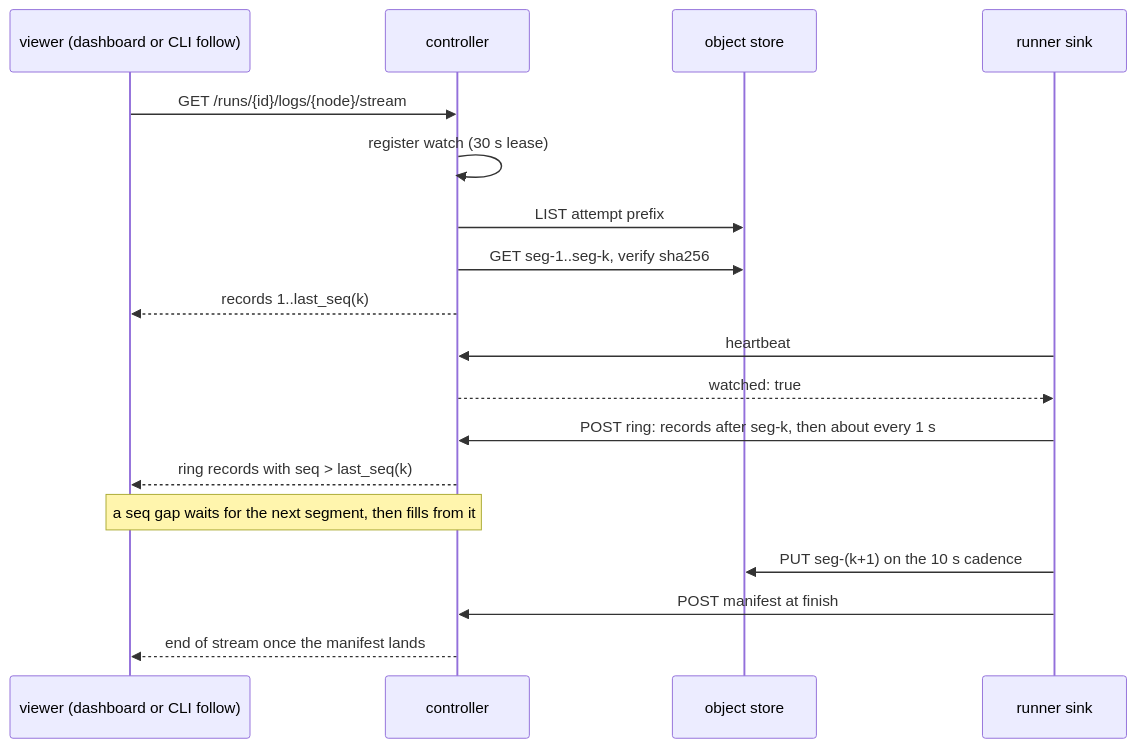
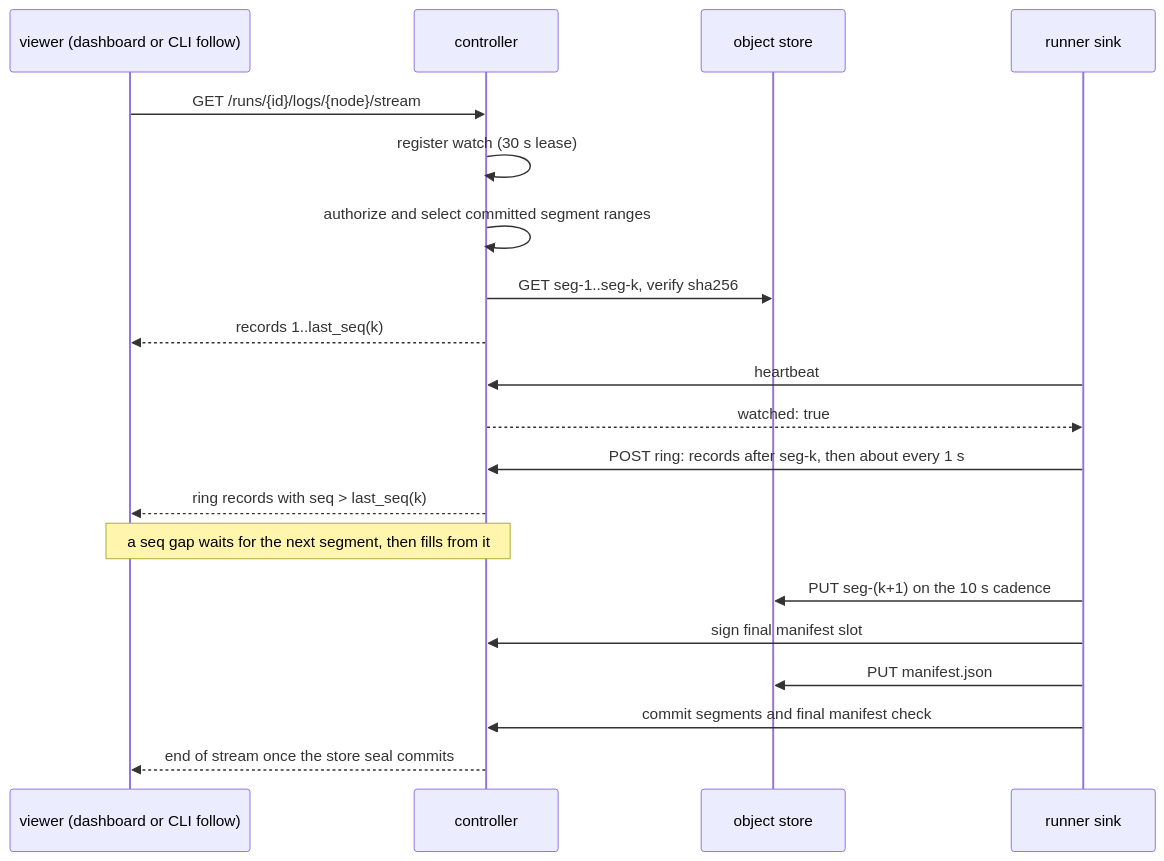
Before and after one commit to sparkwing-dev/sparkwing: the third of 5 diagrams in design/logs-without-a-logs-service.md, drawn with Mermaid. The commit also changed other lines of this file, not shown here.

Commit message:
docs(logs): align tagged keys and committed read authority

````diff
--- a/design/logs-without-a-logs-service.md
+++ b/design/logs-without-a-logs-service.md
@@ -369,20 +365,22 @@
 ```mermaid
 sequenceDiagram
   participant V as viewer (dashboard or CLI follow)
   participant C as controller
   participant O as object store
   participant R as runner sink
   V->>C: GET /runs/{id}/logs/{node}/stream
   C->>C: register watch (30 s lease)
-  C->>O: LIST attempt prefix
+  C->>C: authorize and select committed segment ranges
   C->>O: GET seg-1..seg-k, verify sha256
   C-->>V: records 1..last_seq(k)
   R->>C: heartbeat
   C-->>R: watched: true
   R->>C: POST ring: records after seg-k, then about every 1 s
   C-->>V: ring records with seq > last_seq(k)
   Note over C,V: a seq gap waits for the next segment, then fills from it
   R->>O: PUT seg-(k+1) on the 10 s cadence
-  R->>C: POST manifest at finish
-  C-->>V: end of stream once the manifest lands
+  R->>C: sign final manifest slot
+  R->>O: PUT manifest.json
+  R->>C: commit segments and final manifest check
+  C-->>V: end of stream once the store seal commits
 ```
````
